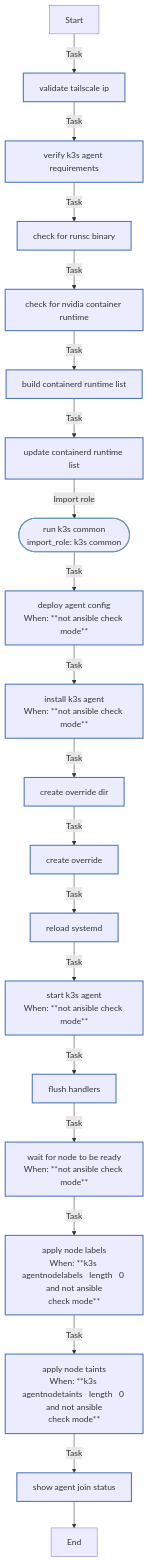
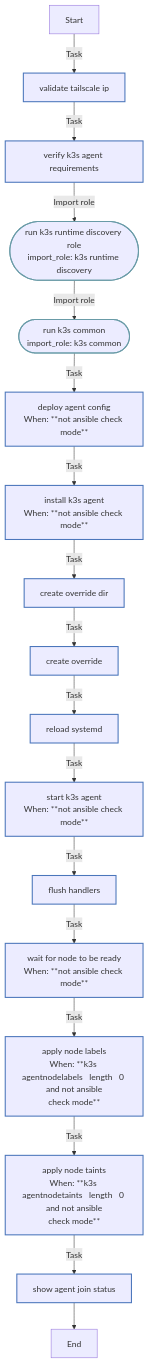
One commit to rou-cru/k3s-homelab changed the diagram in roles/k3s_agent/README.md. Above: the diagram before and after it, drawn with Mermaid. The commit also changed other lines of this file and 107 other files, not shown here.

````diff
--- a/roles/k3s_agent/README.md
+++ b/roles/k3s_agent/README.md
@@ -146,32 +143,29 @@
 ```mermaid
 flowchart TD
 Start
 classDef block stroke:#3498db,stroke-width:2px;
 classDef task stroke:#4b76bb,stroke-width:2px;
 classDef includeTasks stroke:#16a085,stroke-width:2px;
 classDef importTasks stroke:#34495e,stroke-width:2px;
 classDef includeRole stroke:#2980b9,stroke-width:2px;
 classDef importRole stroke:#699ba7,stroke-width:2px;
 classDef includeVars stroke:#8e44ad,stroke-width:2px;
 classDef rescue stroke:#665352,stroke-width:2px;
 
   Start-->|Task| Validate_Tailscale_IP0[validate tailscale ip]:::task
   Validate_Tailscale_IP0-->|Task| Verify_K3s_agent_requirements1[verify k3s agent requirements]:::task
-  Verify_K3s_agent_requirements1-->|Task| Check_for_runsc_binary2[check for runsc binary]:::task
-  Check_for_runsc_binary2-->|Task| Check_for_nvidia_container_runtime3[check for nvidia container runtime]:::task
-  Check_for_nvidia_container_runtime3-->|Task| Build_containerd_runtime_list4[build containerd runtime list]:::task
-  Build_containerd_runtime_list4-->|Task| Update_containerd_runtime_list5[update containerd runtime list]:::task
-  Update_containerd_runtime_list5-->|Import role| Run_K3s_Common_k3s_common_6([run k3s common<br>import_role: k3s common]):::importRole
-  Run_K3s_Common_k3s_common_6-->|Task| Deploy_agent_config7[deploy agent config<br>When: **not ansible check mode**]:::task
-  Deploy_agent_config7-->|Task| Install_K3s_agent8[install k3s agent<br>When: **not ansible check mode**]:::task
-  Install_K3s_agent8-->|Task| Create_override_dir9[create override dir]:::task
-  Create_override_dir9-->|Task| Create_override10[create override]:::task
-  Create_override10-->|Task| Reload_systemd11[reload systemd]:::task
-  Reload_systemd11-->|Task| Start_K3s_agent12[start k3s agent<br>When: **not ansible check mode**]:::task
-  Start_K3s_agent12-->|Task| Flush_handlers13[flush handlers]:::task
-  Flush_handlers13-->|Task| Wait_for_node_to_be_ready14[wait for node to be ready<br>When: **not ansible check mode**]:::task
-  Wait_for_node_to_be_ready14-->|Task| Apply_node_labels15[apply node labels<br>When: **k3s agentnodelabels   length   0 and not ansible<br>check mode**]:::task
-  Apply_node_labels15-->|Task| Apply_node_taints16[apply node taints<br>When: **k3s agentnodetaints   length   0 and not ansible<br>check mode**]:::task
-  Apply_node_taints16-->|Task| Show_agent_join_status17[show agent join status]:::task
-  Show_agent_join_status17-->End
+  Verify_K3s_agent_requirements1-->|Import role| Run_k3s_runtime_discovery_role_k3s_runtime_discovery_2([run k3s runtime discovery role<br>import_role: k3s runtime discovery]):::importRole
+  Run_k3s_runtime_discovery_role_k3s_runtime_discovery_2-->|Import role| Run_K3s_Common_k3s_common_3([run k3s common<br>import_role: k3s common]):::importRole
+  Run_K3s_Common_k3s_common_3-->|Task| Deploy_agent_config4[deploy agent config<br>When: **not ansible check mode**]:::task
+  Deploy_agent_config4-->|Task| Install_K3s_agent5[install k3s agent<br>When: **not ansible check mode**]:::task
+  Install_K3s_agent5-->|Task| Create_override_dir6[create override dir]:::task
+  Create_override_dir6-->|Task| Create_override7[create override]:::task
+  Create_override7-->|Task| Reload_systemd8[reload systemd]:::task
+  Reload_systemd8-->|Task| Start_K3s_agent9[start k3s agent<br>When: **not ansible check mode**]:::task
+  Start_K3s_agent9-->|Task| Flush_handlers10[flush handlers]:::task
+  Flush_handlers10-->|Task| Wait_for_node_to_be_ready11[wait for node to be ready<br>When: **not ansible check mode**]:::task
+  Wait_for_node_to_be_ready11-->|Task| Apply_node_labels12[apply node labels<br>When: **k3s agentnodelabels   length   0 and not ansible<br>check mode**]:::task
+  Apply_node_labels12-->|Task| Apply_node_taints13[apply node taints<br>When: **k3s agentnodetaints   length   0 and not ansible<br>check mode**]:::task
+  Apply_node_taints13-->|Task| Show_agent_join_status14[show agent join status]:::task
+  Show_agent_join_status14-->End
 ```
````
